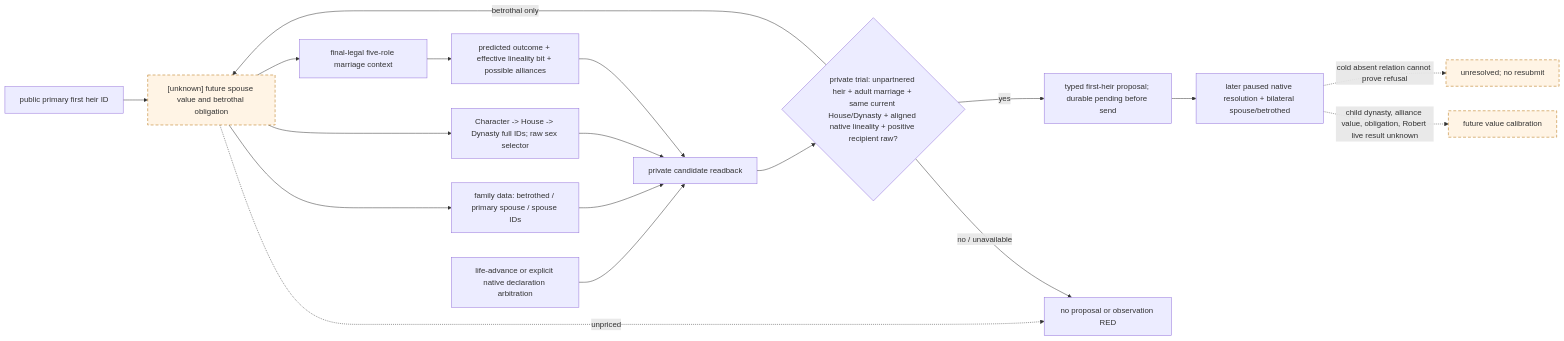
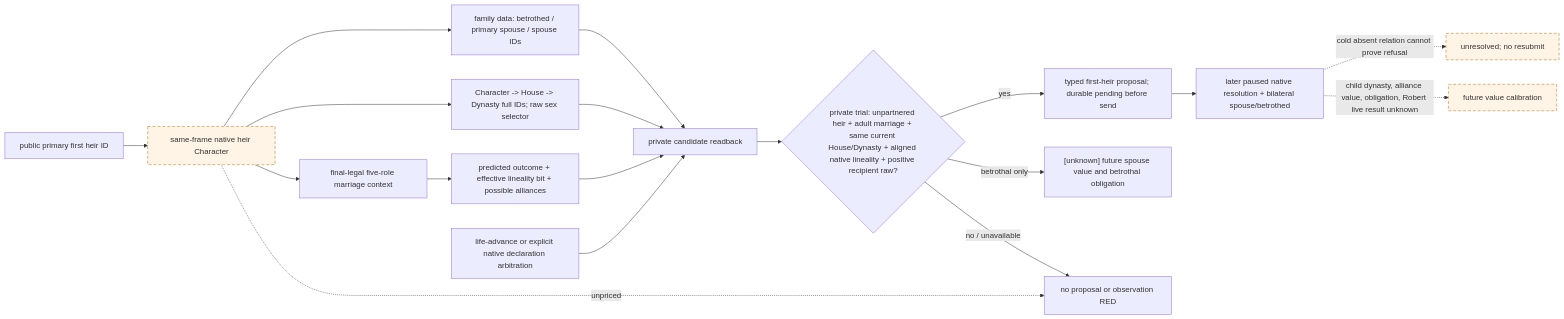
One commit to XenoAmess/ck3_eternal_recurrence changed the fifth of 7 diagrams in docs/ck3-native-ai/marriage-and-alliance.md. Above: the diagram before and after it, drawn with Mermaid. The commit also changed other lines of this file and 10 other files, not shown here.

````diff
--- a/docs/ck3-native-ai/marriage-and-alliance.md
+++ b/docs/ck3-native-ai/marriage-and-alliance.md
@@ -673,22 +673,22 @@
 ```mermaid
 flowchart LR
   A["public primary first heir ID"] --> B["same-frame native heir Character"]
   B --> C["family data: betrothed / primary spouse / spouse IDs"]
   B --> H["Character -> House -> Dynasty full IDs; raw sex selector"]
   B --> D["final-legal five-role marriage context"]
   D --> E["predicted outcome + effective lineality bit + possible alliances"]
   P["life-advance or explicit native declaration arbitration"] --> F
   C --> F["private candidate readback"]
   H --> F
   E --> F
   F --> V{"private trial: unpartnered heir + adult marriage + same current House/Dynasty + aligned native lineality + positive recipient raw?"}
   V -->|yes| G["typed first-heir proposal; durable pending before send"]
-  V -->|betrothal only| B["[unknown] future spouse value and betrothal obligation"]
+  V -->|betrothal only| BV["[unknown] future spouse value and betrothal obligation"]
   B -. "unpriced" .-> U
   V -->|no / unavailable| U["no proposal or observation RED"]
   G --> R["later paused native resolution + bilateral spouse/betrothed"]
   R -. "cold absent relation cannot prove refusal" .-> X["unresolved; no resubmit"]
   R -. "child dynasty, alliance value, obligation, Robert live result unknown" .-> Y["future value calibration"]
   classDef unknown stroke-dasharray:6 4,fill:#fff4e5,stroke:#b36b00;
   class B,X,Y unknown;
 ```
````
